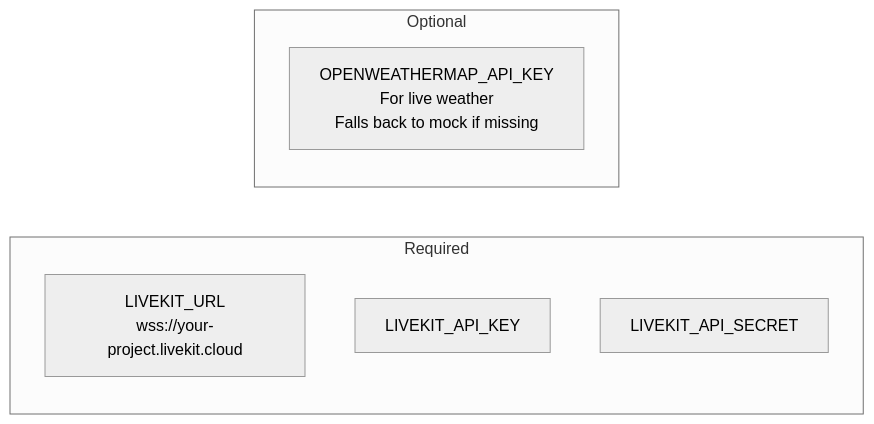
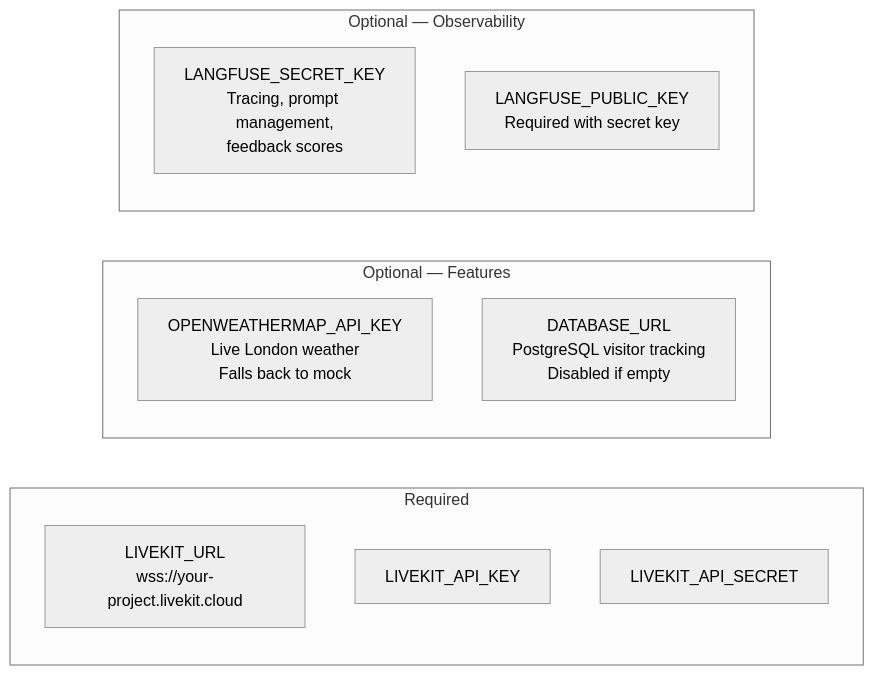
One commit to bodharma/talker changed diagram 20 of 23 in docs/livekit-architecture.md. Above: the diagram before and after it, drawn with Mermaid (neutral theme). The commit also changed other lines of this file and 3 other files, not shown here.

First line of the commit message:
docs: rewrite architecture and LiveKit docs for code review

````diff
--- a/docs/livekit-architecture.md
+++ b/docs/livekit-architecture.md
@@ -590,12 +612,18 @@
 ```mermaid
 graph LR
     subgraph "Required"
         LK_URL["LIVEKIT_URL<br/>wss://your-project.livekit.cloud"]
         LK_KEY["LIVEKIT_API_KEY"]
         LK_SEC["LIVEKIT_API_SECRET"]
     end
 
-    subgraph "Optional"
-        OWM["OPENWEATHERMAP_API_KEY<br/>For live weather<br/>Falls back to mock if missing"]
+    subgraph "Optional — Features"
+        OWM["OPENWEATHERMAP_API_KEY<br/>Live London weather<br/>Falls back to mock"]
+        DB["DATABASE_URL<br/>PostgreSQL visitor tracking<br/>Disabled if empty"]
+    end
+
+    subgraph "Optional — Observability"
+        LF_S["LANGFUSE_SECRET_KEY<br/>Tracing, prompt management,<br/>feedback scores"]
+        LF_P["LANGFUSE_PUBLIC_KEY<br/>Required with secret key"]
     end
 ```
````
